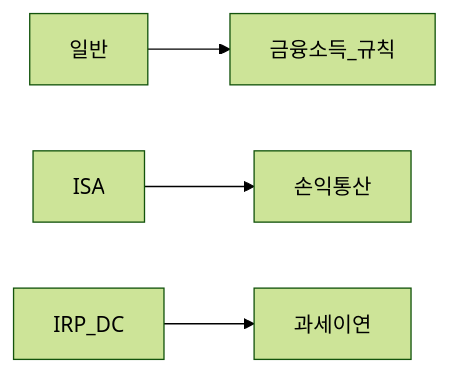
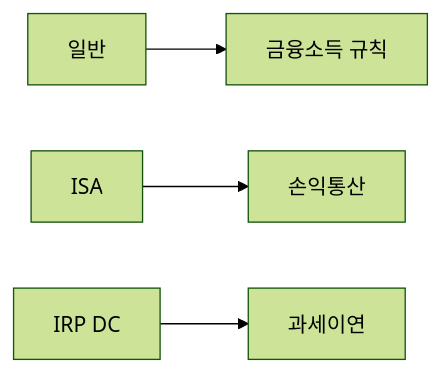
The second of 2 diagrams in 06-korea-policy/tax/overseas-stocks-tax-part2-dividend.md (goldanghenry/Finances), drawn with Mermaid (forest theme) before and after one commit. The commit also changed other lines of this file and 211 other files, not shown here.

````diff
--- a/06-korea-policy/tax/overseas-stocks-tax-part2-dividend.md
+++ b/06-korea-policy/tax/overseas-stocks-tax-part2-dividend.md
@@ -93,6 +104,6 @@
 ```mermaid
 flowchart LR
-  Gen[일반] --> Fin[금융소득_규칙]
+  Gen[일반] --> Fin["금융소득 규칙"]
   ISA[ISA] --> Net[손익통산]
-  IRP[IRP_DC] --> Def[과세이연]
+  IRP["IRP DC"] --> Def[과세이연]
 ```
````
